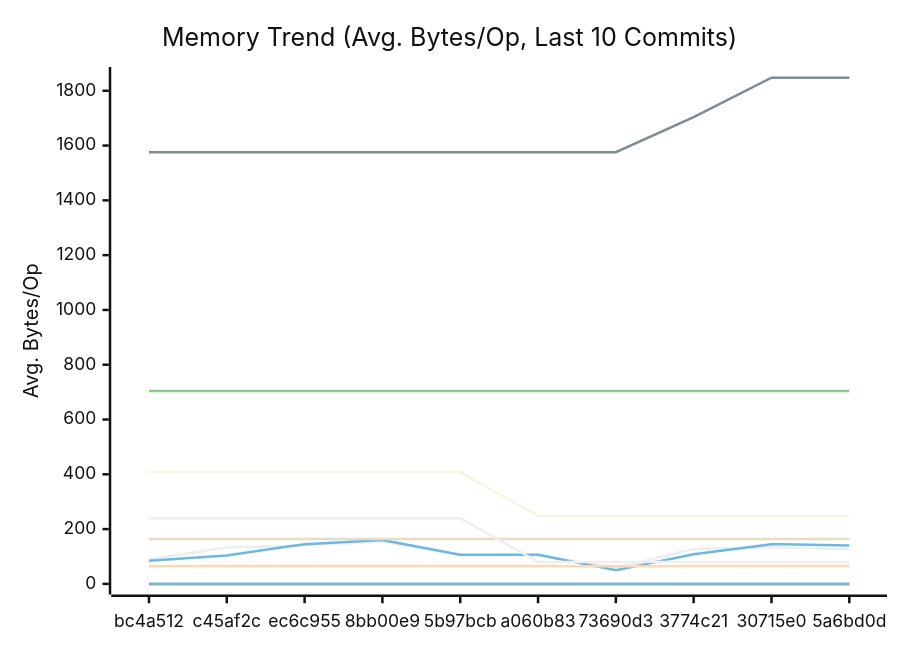
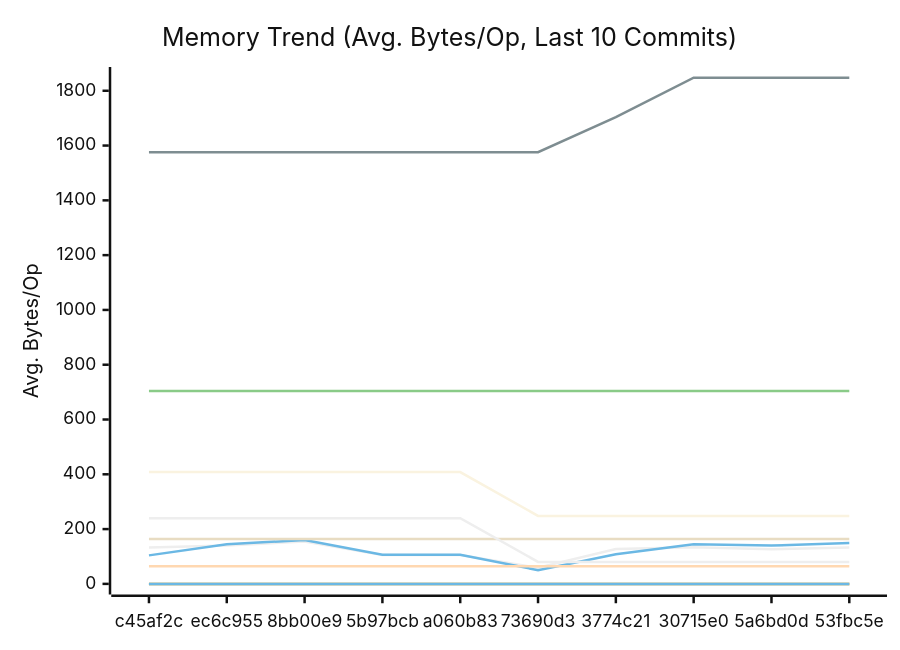
One commit to alsotoes/momo changed the second of 3 diagrams in docs/PERFORMANCE.md. Above: the diagram before and after it, drawn with Mermaid (neutral theme). The commit also changed other lines of this file and 10 other files, not shown here.

````diff
--- a/docs/PERFORMANCE.md
+++ b/docs/PERFORMANCE.md
@@ -171,20 +171,20 @@
 ```mermaid
 xychart-beta
     title "Memory Trend (Avg. Bytes/Op, Last 10 Commits)"
     x-axis "Commit"
     y-axis "Avg. Bytes/Op"
-    x-axis [bc4a512,c45af2c,ec6c955,8bb00e9,5b97bcb,a060b83,73690d3,3774c21,30715e0,5a6bd0d]
-    line "AWSChunkedReaderSigned" [90,133,140,155,105,105,59,127,134,126]
-    line "AWSChunkedReaderUnsigned" [84,104,145,160,106,106,50,108,145,140]
+    x-axis [c45af2c,ec6c955,8bb00e9,5b97bcb,a060b83,73690d3,3774c21,30715e0,5a6bd0d,53fbc5e]
+    line "AWSChunkedReaderSigned" [133,140,155,105,105,59,127,134,126,133]
+    line "AWSChunkedReaderUnsigned" [104,145,160,106,106,50,108,145,140,149]
     line "CheckMetricsAndSwap" [0,0,0,0,0,0,0,0,0,0]
     line "CrushOptimized" [0,0,0,0,0,0,0,0,0,0]
     line "CrushOriginal" [164,164,164,164,164,164,164,164,164,164]
     line "IndexDirectTracking" [0,0,0,0,0,0,0,0,0,0]
     line "IndexSearch" [0,0,0,0,0,0,0,0,0,0]
-    line "LoadGlobalConfig" [1576,1576,1576,1576,1576,1576,1576,1704,1848,1848]
+    line "LoadGlobalConfig" [1576,1576,1576,1576,1576,1576,1704,1848,1848,1848]
     line "PadString" [64,64,64,64,64,64,64,64,64,64]
     line "ParseReplicationOrder_NoPrealloc" [408,408,408,408,408,248,248,248,248,248]
     line "ParseReplicationOrder_Prealloc" [240,240,240,240,240,80,80,80,80,80]
     line "SanitizeLog/Safe" [0,0,0,0,0,0,0,0,0,0]
     line "SanitizeLog/Unsafe" [704,704,704,704,704,704,704,704,704,704]
 ```
````
